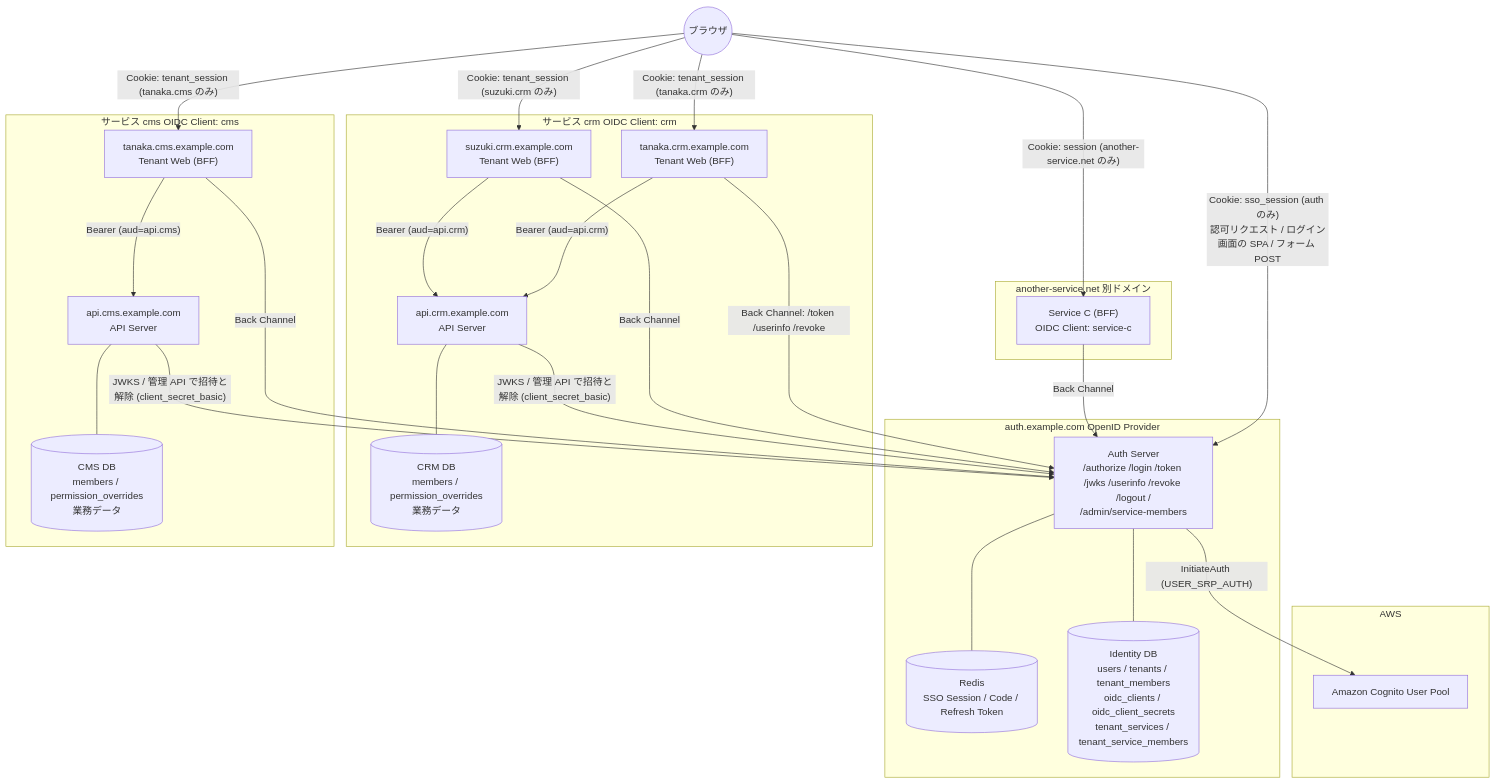
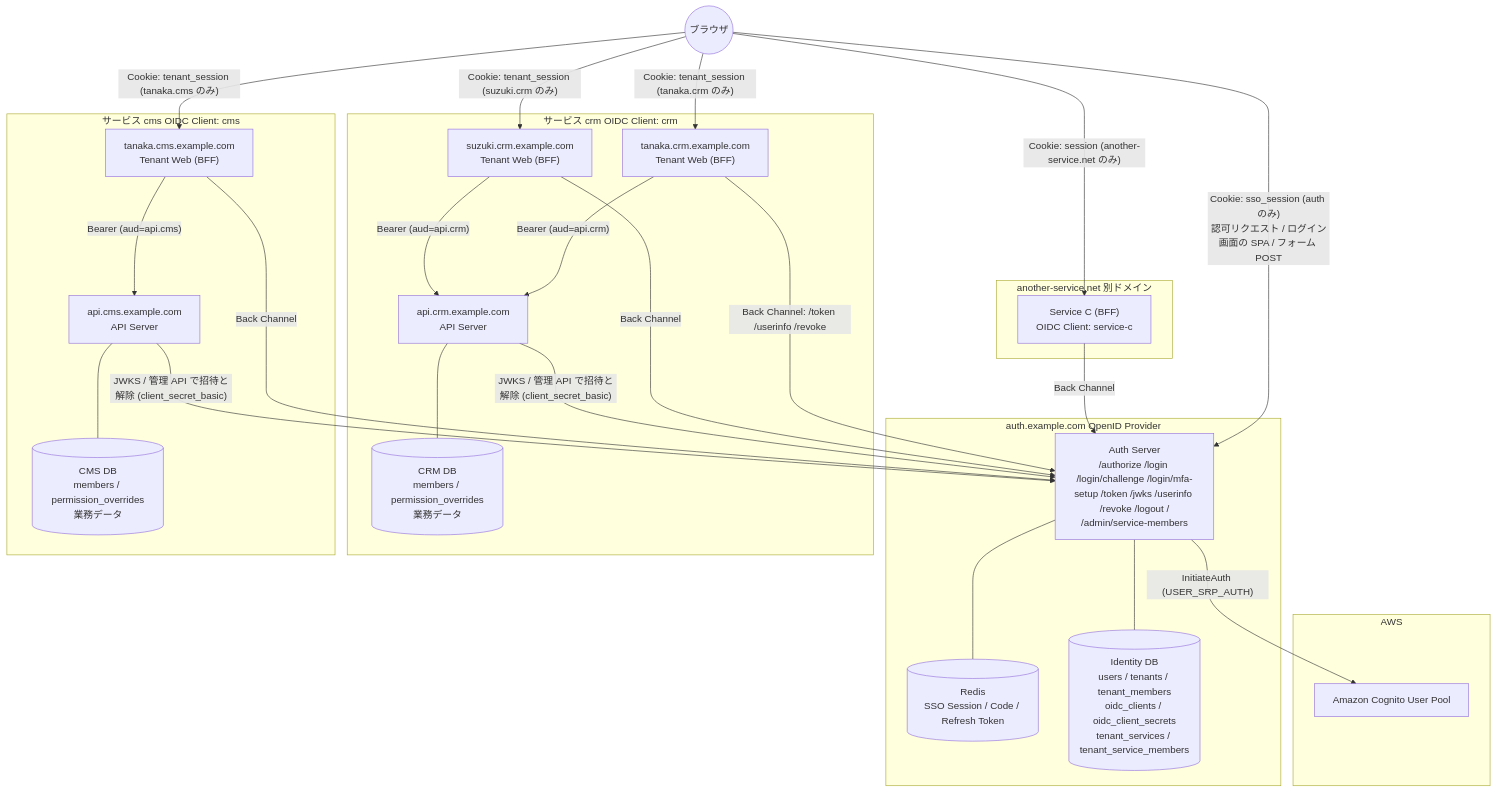
One commit to daisuke-tanabe/multi-domain-sandbox changed the first of 11 diagrams in docs/integration-guide.md. Above: the diagram before and after it, drawn with Mermaid. The commit also changed other lines of this file and 51 other files, not shown here.

````diff
--- a/docs/integration-guide.md
+++ b/docs/integration-guide.md
@@ -77,49 +77,49 @@
 ```mermaid
 flowchart TB
     User((ブラウザ))
 
     subgraph AWS
         Cognito["Amazon Cognito User Pool"]
     end
 
     subgraph AuthLayer ["auth.example.com  OpenID Provider"]
-        Auth["Auth Server<br/>/authorize /login /token /jwks /userinfo /revoke /logout /<br/>/admin/service-members"]
+        Auth["Auth Server<br/>/authorize /login /login/challenge /login/mfa-setup /token /jwks /userinfo /revoke /logout /<br/>/admin/service-members"]
         SsoStore[("Redis<br/>SSO Session / Code / Refresh Token")]
         IdDB[("Identity DB<br/>users / tenants / tenant_members<br/>oidc_clients / oidc_client_secrets<br/>tenant_services / tenant_service_members")]
         Auth --- SsoStore
         Auth --- IdDB
     end
 
     subgraph CRM ["サービス crm  OIDC Client: crm"]
         WebCrmA["tanaka.crm.example.com<br/>Tenant Web (BFF)"]
         WebCrmB["suzuki.crm.example.com<br/>Tenant Web (BFF)"]
         ApiCrm["api.crm.example.com<br/>API Server"]
         CrmDB[("CRM DB<br/>members / permission_overrides<br/>業務データ")]
     end
     subgraph CMS ["サービス cms  OIDC Client: cms"]
         WebCmsA["tanaka.cms.example.com<br/>Tenant Web (BFF)"]
         ApiCms["api.cms.example.com<br/>API Server"]
         CmsDB[("CMS DB<br/>members / permission_overrides<br/>業務データ")]
     end
     subgraph Other ["another-service.net  別ドメイン"]
         WebC["Service C (BFF)<br/>OIDC Client: service-c"]
     end
 
     User -- "Cookie: tenant_session (tanaka.crm のみ)" --> WebCrmA
     User -- "Cookie: tenant_session (suzuki.crm のみ)" --> WebCrmB
     User -- "Cookie: tenant_session (tanaka.cms のみ)" --> WebCmsA
     User -- "Cookie: session (another-service.net のみ)" --> WebC
     User -- "Cookie: sso_session (auth のみ)<br/>認可リクエスト / ログイン画面の SPA / フォーム POST" --> Auth
     Auth -- "InitiateAuth (USER_SRP_AUTH)" --> Cognito
     WebCrmA -- "Back Channel: /token /userinfo /revoke" --> Auth
     WebCrmB -- "Back Channel" --> Auth
     WebCmsA -- "Back Channel" --> Auth
     WebC -- "Back Channel" --> Auth
     WebCrmA -- "Bearer (aud=api.crm)" --> ApiCrm
     WebCrmB -- "Bearer (aud=api.crm)" --> ApiCrm
     WebCmsA -- "Bearer (aud=api.cms)" --> ApiCms
     ApiCrm --- CrmDB
     ApiCms --- CmsDB
     ApiCrm -- "JWKS / 管理 API で招待と解除 (client_secret_basic)" --> Auth
     ApiCms -- "JWKS / 管理 API で招待と解除 (client_secret_basic)" --> Auth
 ```
````
